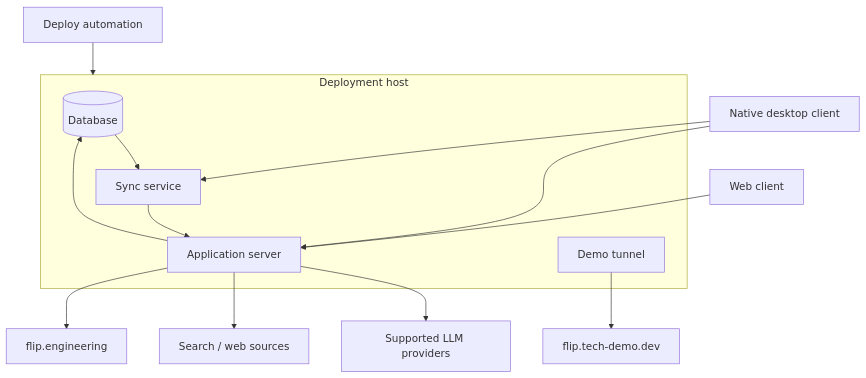
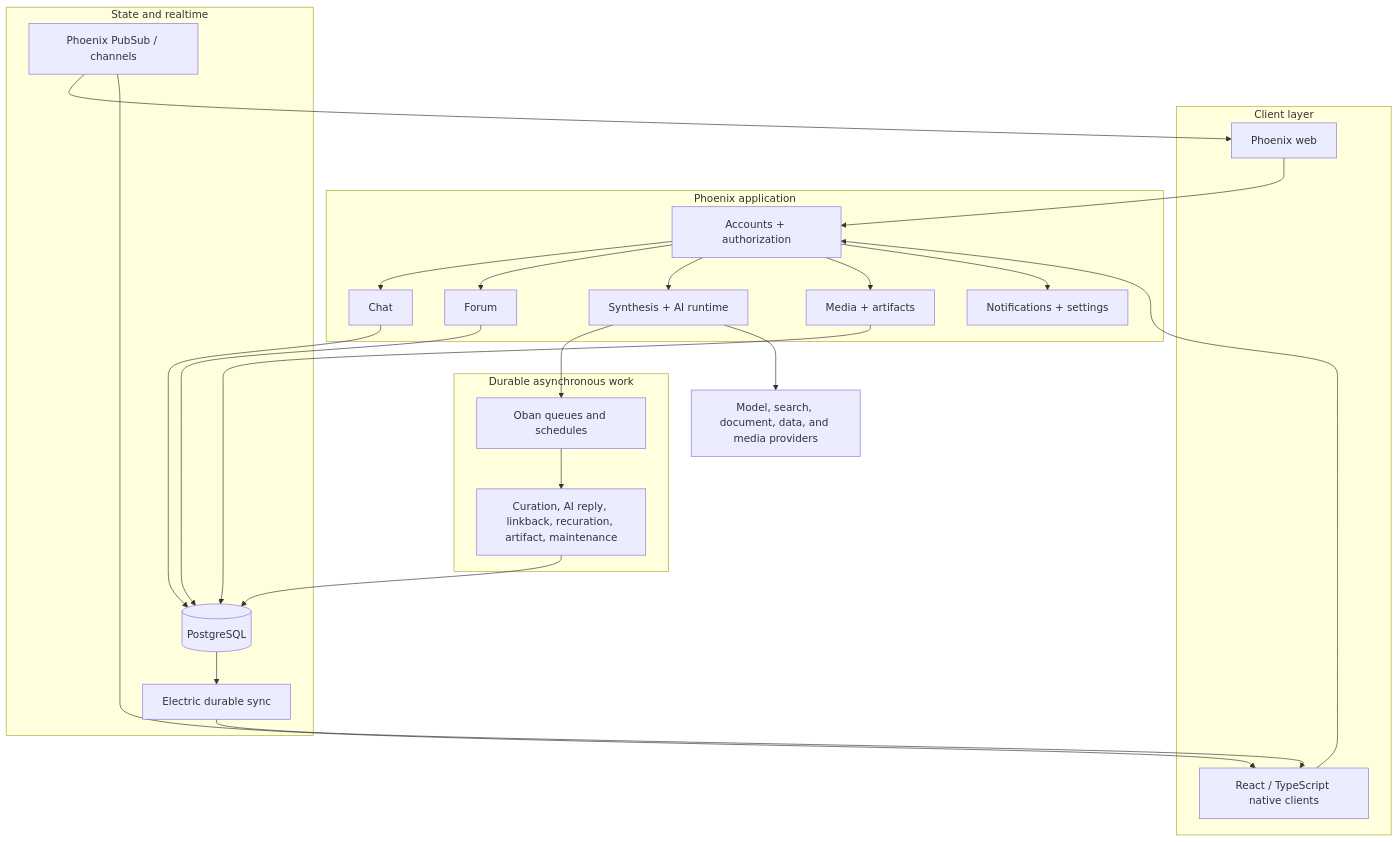
One commit to wahargis/portfolio changed the diagram in flip-technical-overview/diagrams/service-container-map.mmd. Above: the diagram before and after it, drawn with Mermaid. The commit also changed 55 other files, not shown here.

Commit message:
complete portfolio architecture audit

```diff
--- a/flip-technical-overview/diagrams/service-container-map.mmd
+++ b/flip-technical-overview/diagrams/service-container-map.mmd
@@ -1,18 +1,40 @@
 flowchart TB
-    subgraph HOST["Deployment host"]
-        DB[("Database")]
-        SYNC["Sync service"]
-        APP["Application server"]
-        TUNNEL["Demo tunnel"]
-        DB --> SYNC
-        SYNC --> APP
-        APP --> DB
+    subgraph CLIENTS["Client layer"]
+      WEB["Phoenix web"]
+      NATIVE["React / TypeScript native clients"]
     end
-    WEB["Web client"] --> APP
-    CLIENT["Native desktop client"] --> APP
-    CLIENT --> SYNC
-    APP --> LLM["Supported LLM providers"]
-    APP --> SOURCES["Search / web sources"]
-    DEPLOY["Deploy automation"] --> HOST
-    TUNNEL --> DEMO["flip.tech-demo.dev"]
-    APP --> PROD["flip.engineering"]
+    subgraph APP["Phoenix application"]
+      AUTH["Accounts + authorization"]
+      CHAT["Chat"]
+      FORUM["Forum"]
+      SYN["Synthesis + AI runtime"]
+      MEDIA["Media + artifacts"]
+      NOTIF["Notifications + settings"]
+      AUTH --> CHAT
+      AUTH --> FORUM
+      AUTH --> SYN
+      AUTH --> MEDIA
+      AUTH --> NOTIF
+    end
+    subgraph ASYNC["Durable asynchronous work"]
+      OBAN["Oban queues and schedules"]
+      WORKERS["Curation, AI reply, linkback, recuration, artifact, maintenance"]
+      OBAN --> WORKERS
+    end
+    subgraph STATE["State and realtime"]
+      PG[("PostgreSQL")]
+      ELECTRIC["Electric durable sync"]
+      PUBSUB["Phoenix PubSub / channels"]
+      PG --> ELECTRIC
+    end
+    WEB --> AUTH
+    NATIVE --> AUTH
+    SYN --> OBAN
+    WORKERS --> PG
+    CHAT --> PG
+    FORUM --> PG
+    MEDIA --> PG
+    ELECTRIC --> NATIVE
+    PUBSUB --> WEB
+    PUBSUB --> NATIVE
+    SYN --> EXT["Model, search, document, data, and media providers"]
```
